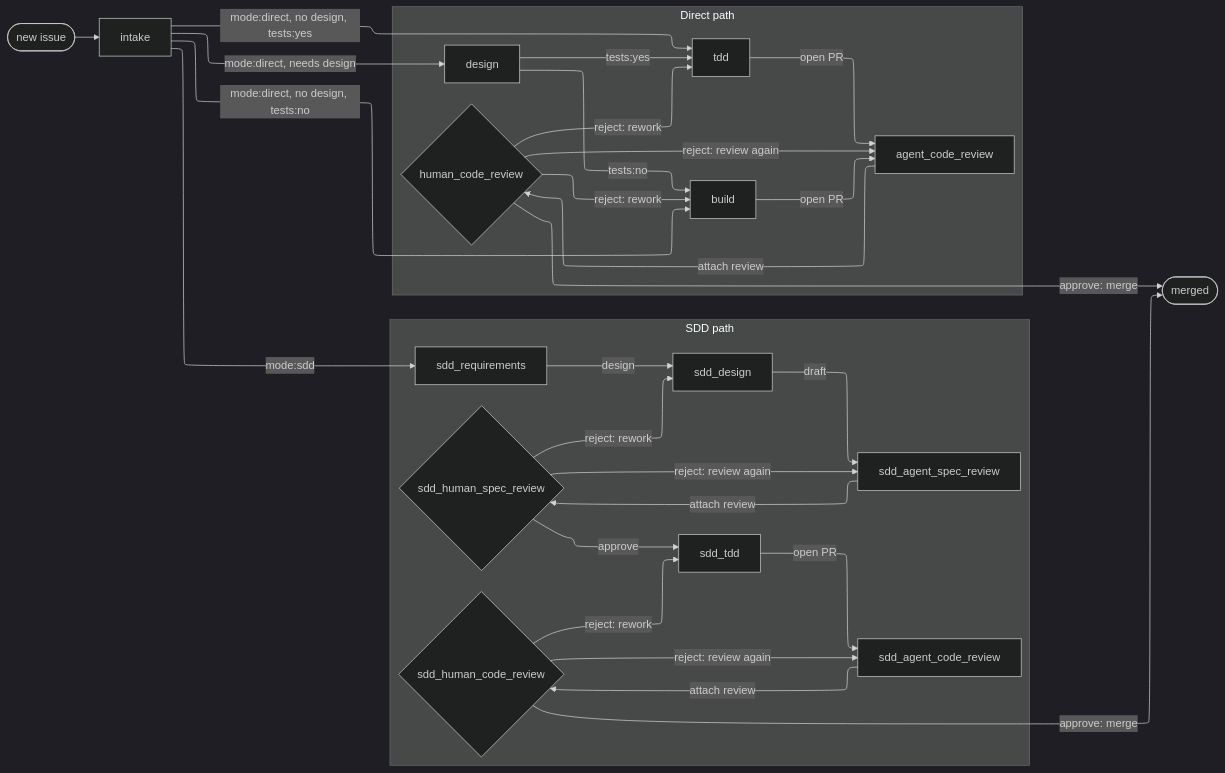
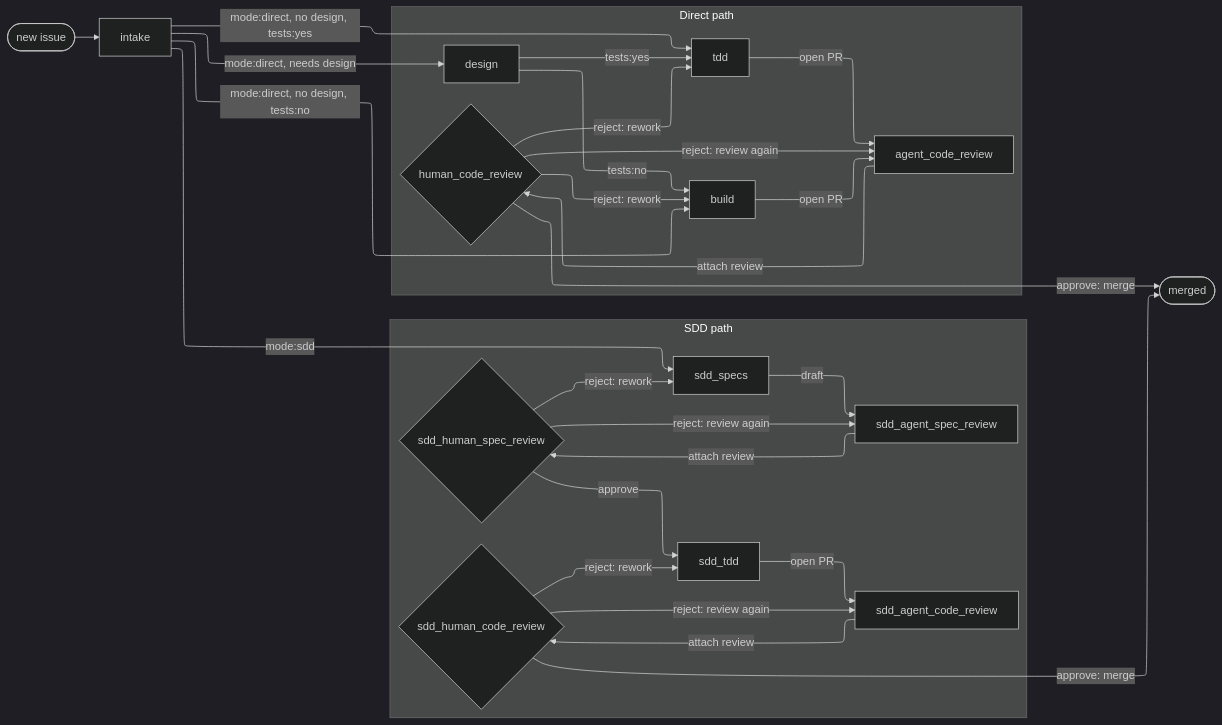
Before and after one commit to GeoffNordling/dev-playbook: the diagram in workflow/workflow.md, drawn with Mermaid (dark theme). The commit also changed other lines of this file and 8 other files, not shown here.

First line of the commit message:
workflow: merge sdd_requirements + sdd_design into one sdd_specs phase

````diff
--- a/workflow/workflow.md
+++ b/workflow/workflow.md
@@ -38,36 +38,35 @@
 ```mermaid
 %%{init: {'flowchart': {'defaultRenderer': 'elk'}}}%%
 flowchart LR
     new([new issue]) --> intake[intake]
-    intake -->|mode:sdd| sdd_requirements[sdd_requirements]
+    intake -->|mode:sdd| sdd_specs[sdd_specs]
     intake -->|mode:direct, needs design| design[design]
     intake -->|mode:direct, no design, tests:yes| tdd[tdd]
     intake -->|mode:direct, no design, tests:no| build[build]
 
     subgraph sdd[SDD path]
-        sdd_requirements -->|design| sdd_design[sdd_design]
-        sdd_design -->|draft| sdd_agent_spec_review[sdd_agent_spec_review]
+        sdd_specs -->|draft| sdd_agent_spec_review[sdd_agent_spec_review]
         sdd_agent_spec_review -->|attach review| sdd_human_spec_review{sdd_human_spec_review}
         sdd_human_spec_review -->|reject: review again| sdd_agent_spec_review
-        sdd_human_spec_review -->|reject: rework| sdd_design
+        sdd_human_spec_review -->|reject: rework| sdd_specs
         sdd_human_spec_review -->|approve| sdd_tdd[sdd_tdd]
         sdd_tdd -->|open PR| sdd_agent_code_review[sdd_agent_code_review]
         sdd_agent_code_review -->|attach review| sdd_human_code_review{sdd_human_code_review}
         sdd_human_code_review -->|reject: review again| sdd_agent_code_review
         sdd_human_code_review -->|reject: rework| sdd_tdd
     end
 
     subgraph direct[Direct path]
         design -->|tests:yes| tdd
         design -->|tests:no| build
         tdd -->|open PR| agent_code_review[agent_code_review]
         build -->|open PR| agent_code_review
         agent_code_review -->|attach review| human_code_review{human_code_review}
         human_code_review -->|reject: review again| agent_code_review
         human_code_review -->|reject: rework| tdd
         human_code_review -->|reject: rework| build
     end
 
     sdd_human_code_review -->|approve: merge| done([merged])
     human_code_review -->|approve: merge| done
 ```
````
